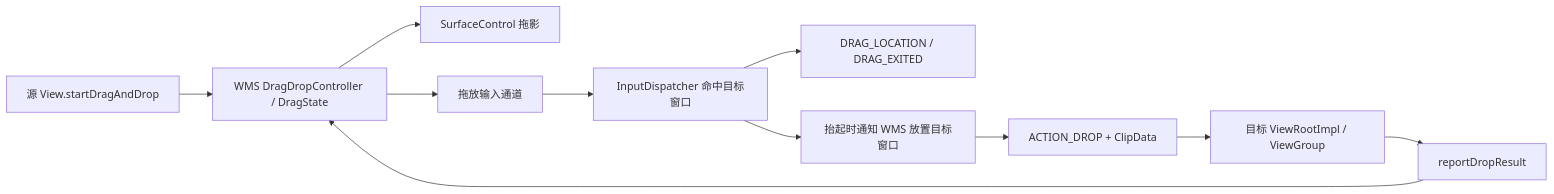
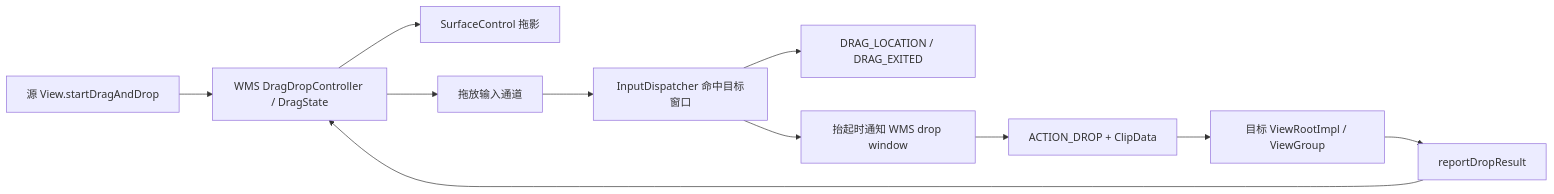
Before and after one commit to Gracker/android-internals-wiki: the third of 3 diagrams in src/part1-fundamentals/ch03-input/13-keyboard-mouse-pointer-input-performance.md, drawn with Mermaid. The commit also changed other lines of this file and 4 other files, not shown here.

````diff
--- a/src/part1-fundamentals/ch03-input/13-keyboard-mouse-pointer-input-performance.md
+++ b/src/part1-fundamentals/ch03-input/13-keyboard-mouse-pointer-input-performance.md
@@ -391,13 +391,13 @@
 ```mermaid
 flowchart LR
     A["源 View.startDragAndDrop"] --> B["WMS DragDropController / DragState"]
     B --> C["SurfaceControl 拖影"]
     B --> D["拖放输入通道"]
     D --> E["InputDispatcher 命中目标窗口"]
     E --> F["DRAG_LOCATION / DRAG_EXITED"]
-    E --> G["抬起时通知 WMS 放置目标窗口"]
+    E --> G["抬起时通知 WMS drop window"]
     G --> H["ACTION_DROP + ClipData"]
     H --> I["目标 ViewRootImpl / ViewGroup"]
     I --> J["reportDropResult"]
     J --> B
 ```
````
